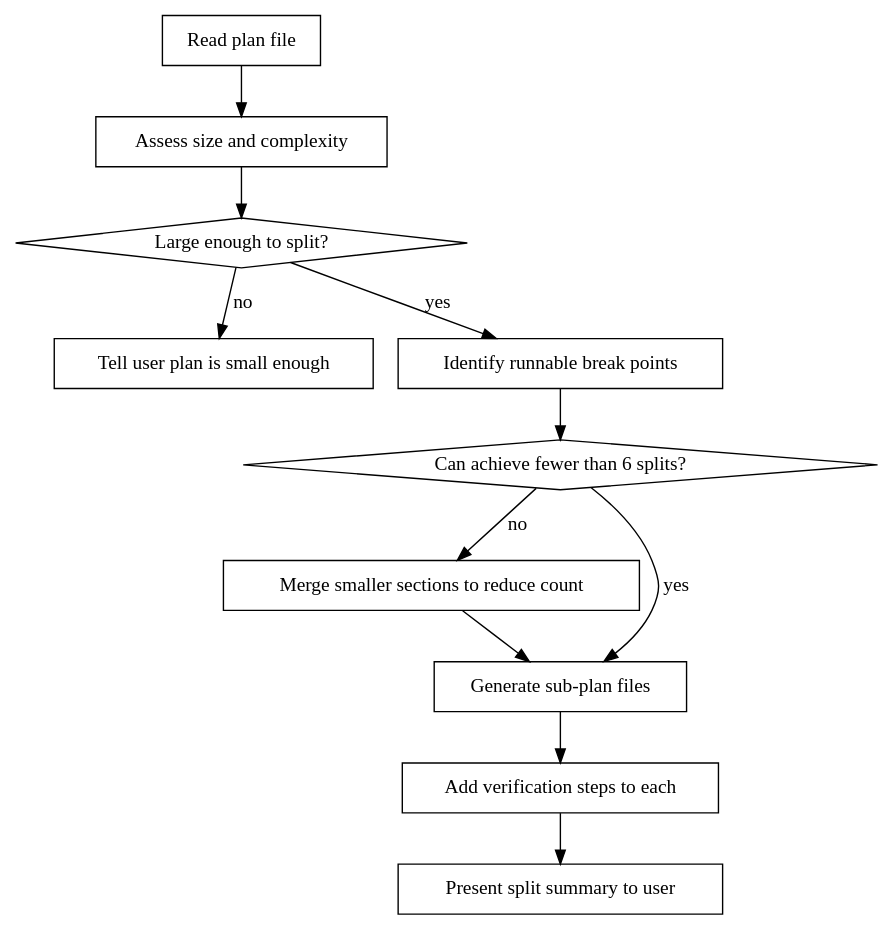
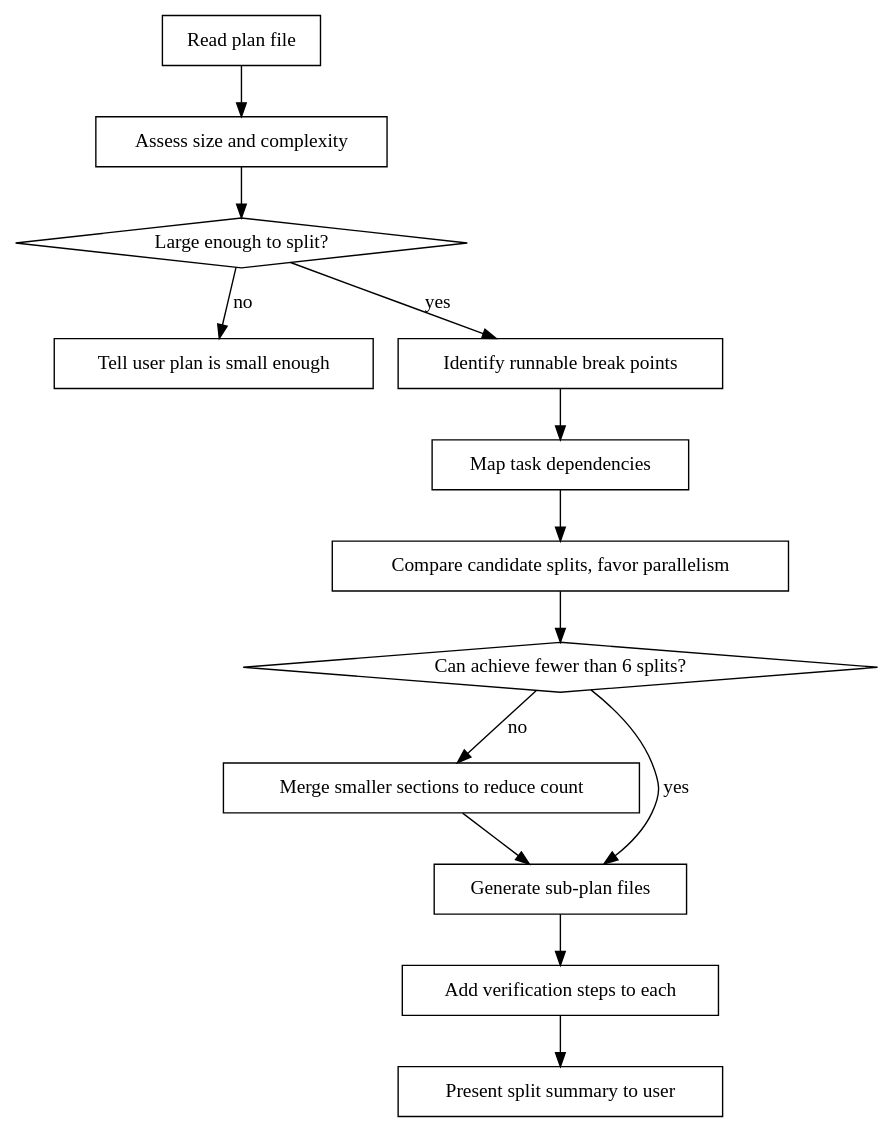
Before and after one commit to JackStouffer/Claude-Code-Skills: the diagram in skills/plan-splitter/SKILL.md, drawn with Graphviz. The commit also changed other lines of this file and 1 other file, not shown here.

First line of the commit message:
plan-splitter: favor split points that unlock parallel execution

````diff
--- a/skills/plan-splitter/SKILL.md
+++ b/skills/plan-splitter/SKILL.md
@@ -33,25 +35,29 @@
 ```dot
 digraph splitter {
     "Read plan file" [shape=box];
     "Assess size and complexity" [shape=box];
     "Large enough to split?" [shape=diamond];
     "Tell user plan is small enough" [shape=box];
     "Identify runnable break points" [shape=box];
+    "Map task dependencies" [shape=box];
+    "Compare candidate splits, favor parallelism" [shape=box];
     "Can achieve fewer than 6 splits?" [shape=diamond];
     "Merge smaller sections to reduce count" [shape=box];
     "Generate sub-plan files" [shape=box];
     "Add verification steps to each" [shape=box];
     "Present split summary to user" [shape=box];
 
     "Read plan file" -> "Assess size and complexity";
     "Assess size and complexity" -> "Large enough to split?";
     "Large enough to split?" -> "Tell user plan is small enough" [label="no"];
     "Large enough to split?" -> "Identify runnable break points" [label="yes"];
-    "Identify runnable break points" -> "Can achieve fewer than 6 splits?" ;
+    "Identify runnable break points" -> "Map task dependencies";
+    "Map task dependencies" -> "Compare candidate splits, favor parallelism";
+    "Compare candidate splits, favor parallelism" -> "Can achieve fewer than 6 splits?" ;
     "Can achieve fewer than 6 splits?" -> "Generate sub-plan files" [label="yes"];
     "Can achieve fewer than 6 splits?" -> "Merge smaller sections to reduce count" [label="no"];
     "Merge smaller sections to reduce count" -> "Generate sub-plan files";
     "Generate sub-plan files" -> "Add verification steps to each";
     "Add verification steps to each" -> "Present split summary to user";
 }
 ```
````
